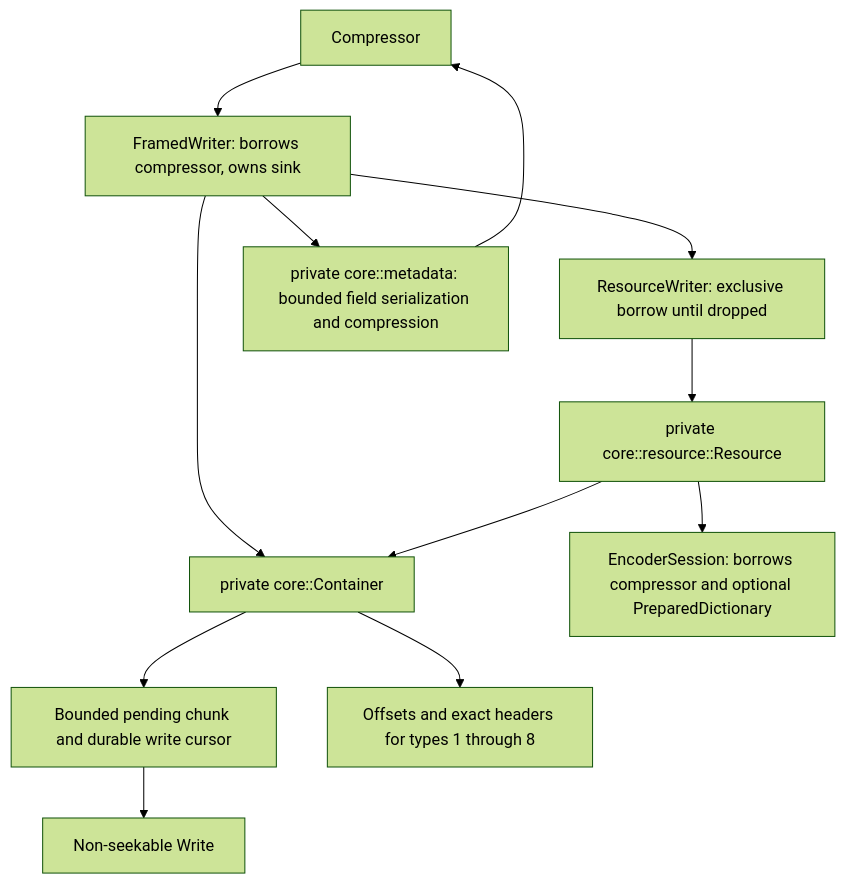
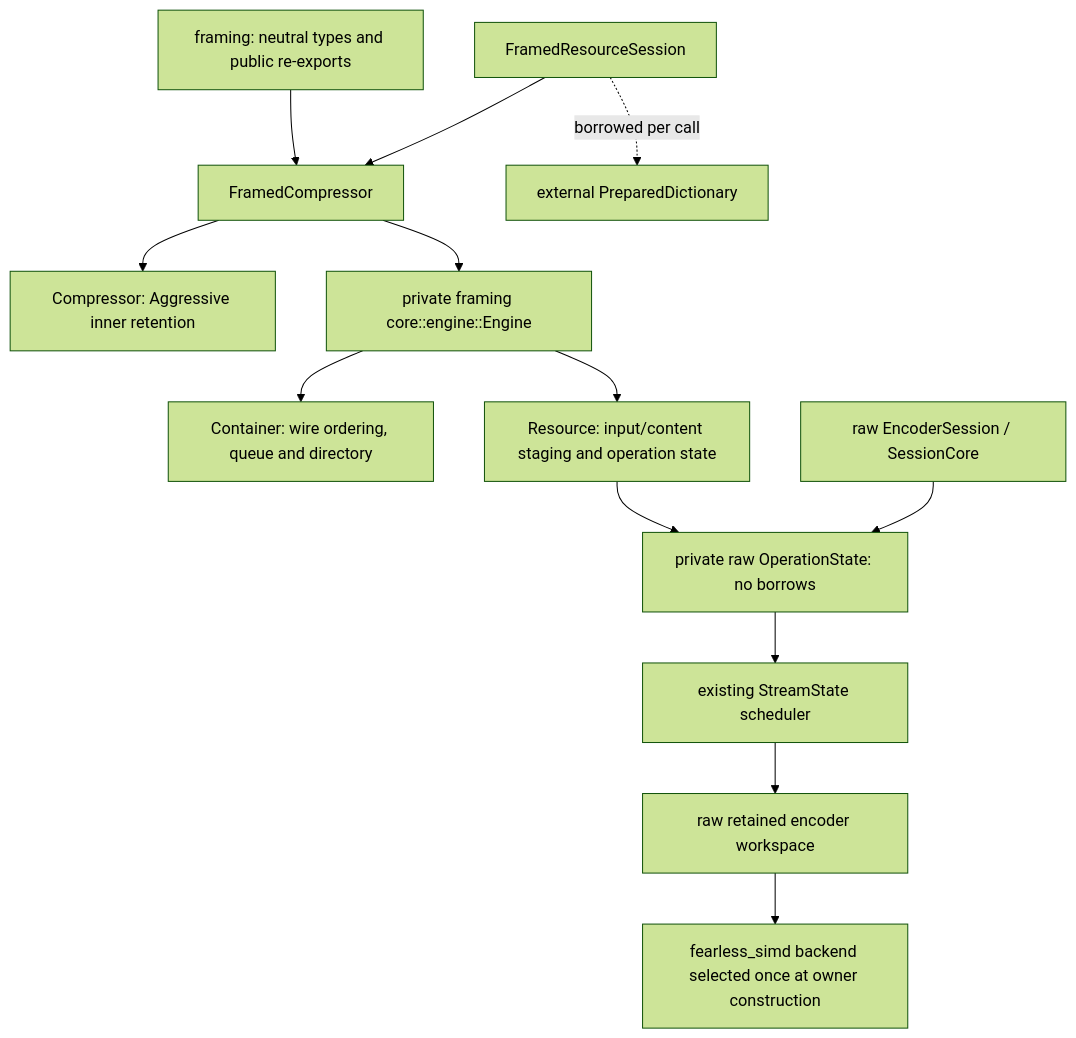
One commit to Mnwa/mbrotli changed the first of 4 diagrams in architecture/framing.md. Above: the diagram before and after it, drawn with Mermaid (forest theme). The commit also changed other lines of this file and 59 other files, not shown here.

Commit message:
Move Compressor::compress_framed to FramedCompressor

````diff
--- a/architecture/framing.md
+++ b/architecture/framing.md
@@ -13,14 +12,15 @@
 ```mermaid
 graph TD
-    compressor[Compressor] --> writer[FramedWriter: borrows compressor, owns sink]
-    writer --> container[private core::Container]
-    writer --> resource[ResourceWriter: exclusive borrow until dropped]
-    resource --> mechanics[private core::resource::Resource]
-    mechanics --> session[EncoderSession: borrows compressor and optional PreparedDictionary]
-    mechanics --> container
-    container --> queue[Bounded pending chunk and durable write cursor]
-    container --> directory[Offsets and exact headers for types 1 through 8]
-    writer --> metadata[private core::metadata: bounded field serialization and compression]
-    metadata --> compressor
-    queue --> sink[Non-seekable Write]
+    Facade[framing: neutral types and public re-exports] --> Owner[FramedCompressor]
+    Owner --> Raw[Compressor: Aggressive inner retention]
+    Owner --> Engine[private framing core::engine::Engine]
+    Engine --> Container[Container: wire ordering, queue and directory]
+    Engine --> Resource[Resource: input/content staging and operation state]
+    Resource --> Operation[private raw OperationState: no borrows]
+    RawSession[raw EncoderSession / SessionCore] --> Operation
+    Operation --> Scheduler[existing StreamState scheduler]
+    Scheduler --> Workspace[raw retained encoder workspace]
+    Workspace --> SIMD[fearless_simd backend selected once at owner construction]
+    Guard[FramedResourceSession] -. borrowed per call .-> Dictionary[external PreparedDictionary]
+    Guard --> Owner
 ```
````
